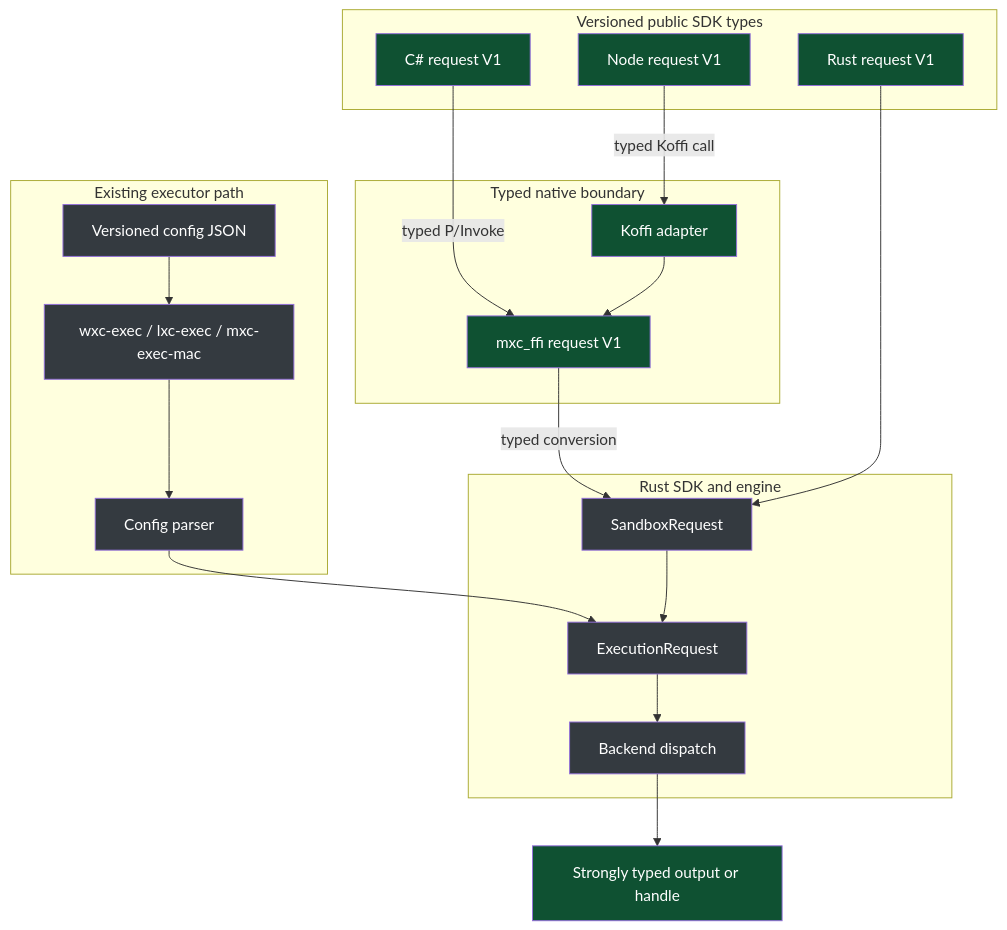
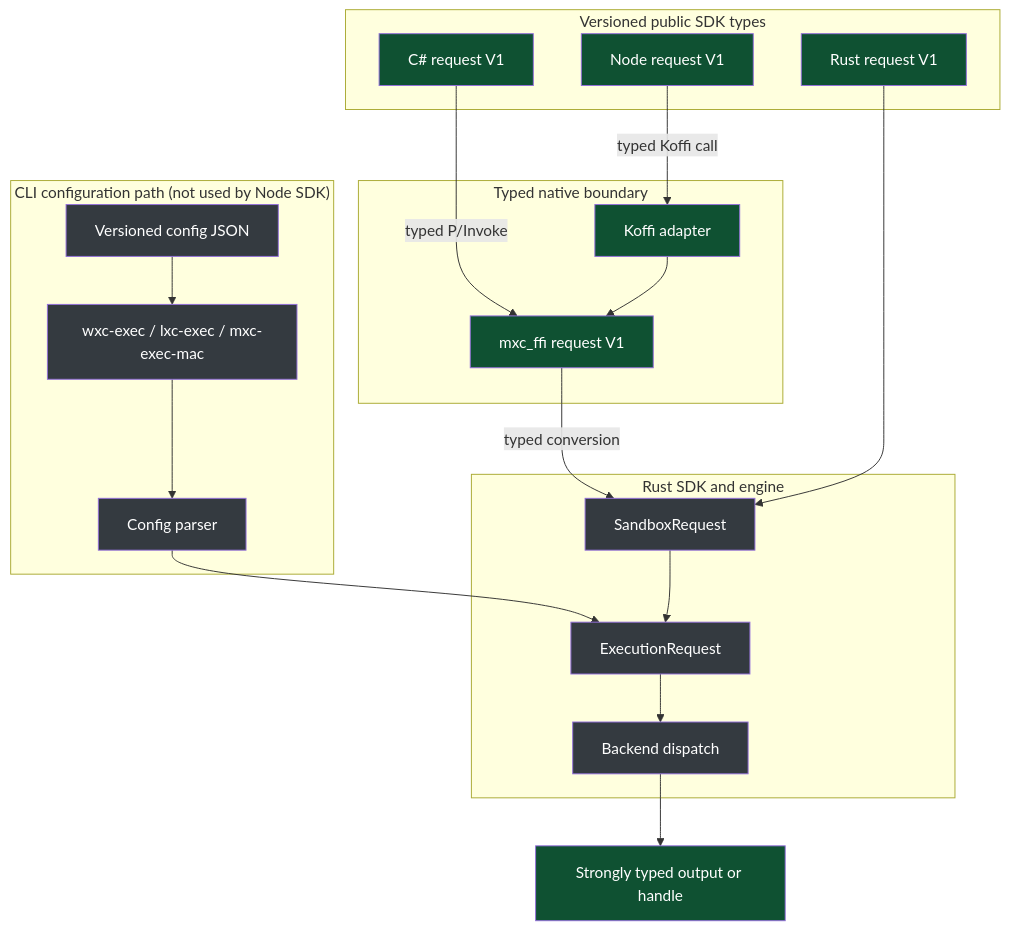
The second of 2 diagrams in docs/design/typed-one-shot-sandbox-apis.md (microsoft/mxc), drawn with Mermaid before and after one commit. The commit also changed other lines of this file, not shown here.

First line of the commit message:
Clarify Node executor removal

````diff
--- a/docs/design/typed-one-shot-sandbox-apis.md
+++ b/docs/design/typed-one-shot-sandbox-apis.md
@@ -51,34 +53,34 @@
 ```mermaid
 flowchart TB
     subgraph API["Versioned public SDK types"]
         RR[Rust request V1]
         CC[C# request V1]
         NN[Node request V1]
     end
     subgraph ABI["Typed native boundary"]
         KF[Koffi adapter]
         FF[mxc_ffi request V1]
     end
     subgraph SDK["Rust SDK and engine"]
         SR[SandboxRequest]
         ER[ExecutionRequest]
         DD[Backend dispatch]
     end
-    subgraph JSON["Existing executor path"]
+    subgraph JSON["CLI configuration path (not used by Node SDK)"]
         JJ[Versioned config JSON]
         EX[wxc-exec / lxc-exec / mxc-exec-mac]
         JP[Config parser]
     end
 
     CC -->|typed P/Invoke| FF
     NN -->|typed Koffi call| KF --> FF
     FF -->|typed conversion| SR
     RR --> SR
     JJ --> EX --> JP --> ER
     SR --> ER --> DD
     DD --> OO[Strongly typed output or handle]
     classDef new fill:#0f5132,color:#fff
     classDef same fill:#343a40,color:#fff
     class RR,CC,NN,KF,FF,OO new
     class SR,ER,DD,JJ,EX,JP same
 ```
````
